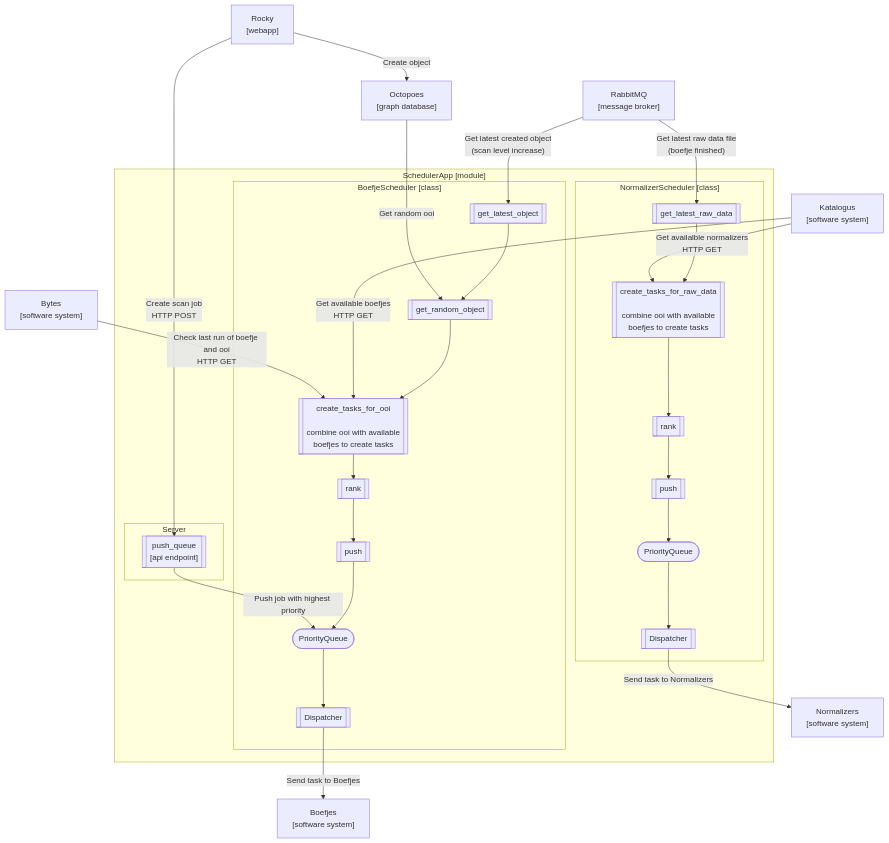
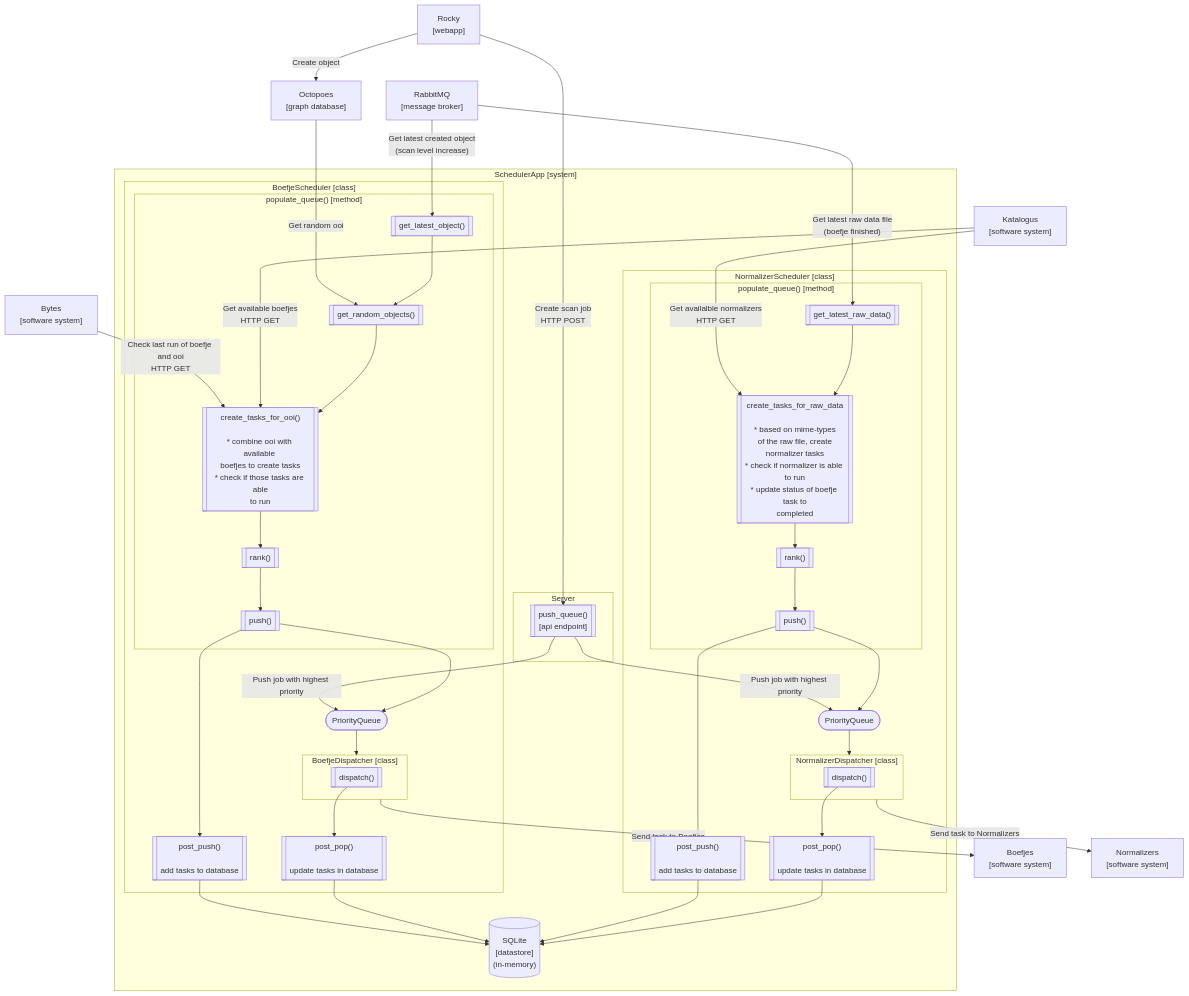
The second of 3 diagrams in docs/design.md (minvws/nl-kat-coordination), drawn with Mermaid before and after one commit. The commit also changed other lines of this file and 48 other files, not shown here.

````diff
--- a/docs/design.md
+++ b/docs/design.md
@@ -70,6 +88,7 @@
 ```mermaid
 flowchart TB
     
+    %% External services
     Rocky["Rocky<br/>[webapp]"]
     Octopoes["Octopoes<br/>[graph database]"]
     Katalogus["Katalogus<br/>[software system]"]
@@ -78,51 +97,89 @@
     Bytes["Bytes<br/>[software system]"]
     RabbitMQ["RabbitMQ<br/>[message broker]"]
 
-
+    %% Rocky flow
     Rocky--"Create object"-->Octopoes
     Rocky--"Create scan job<br/>HTTP POST"--->push_queue
+    push_queue--"Push job with highest priority"-->BoefjePriorityQueue
+    push_queue--"Push job with highest priority"-->NormalizerPriorityQueue
     
+    %% External services flow
     Bytes--"Check last run of boefje and ooi<br/>HTTP GET"-->create_tasks_for_ooi
     Katalogus--"Get available boefjes<br/>HTTP GET"--->create_tasks_for_ooi
     Katalogus--"Get availalble normalizers<br/>HTTP GET"-->create_tasks_for_raw_data
-    Octopoes--"Get random ooi"--->get_random_object
+    Octopoes--"Get random ooi"--->get_random_objects
     RabbitMQ--"Get latest created object<br/>(scan level increase)"-->get_latest_object
     RabbitMQ--"Get latest raw data file<br/>(boefje finished)"-->get_latest_raw_data
 
-    push_queue--"Push job with highest priority"-->BoefjePriorityQueue
-
-    BoefjeDispatcher--"Send task to Boefjes"-->Boefjes
+    %% Boefje flow
+    get_latest_object-->get_random_objects-->create_tasks_for_ooi-->rank_boefje-->push_boefje
+    push_boefje-->post_push_boefje
+    push_boefje--> BoefjePriorityQueue
+    post_push_boefje-->Datastore
+    post_pop_boefje-->Datastore
+    BoefjeDispatcher--"Send task to Boefjes"-->Boefjes    
+    
+    %% Normalizer flow
+    get_latest_raw_data-->create_tasks_for_raw_data-->rank_normalizer-->push_normalizer
+    push_normalizer-->post_push_normalizer
+    push_normalizer-->NormalizerPriorityQueue
+    post_push_normalizer-->Datastore
+    post_pop_normalizer-->Datastore
     NormalizerDispatcher--"Send task to Normalizers"-->Normalizers
 
-    get_latest_object-->get_random_object-->create_tasks_for_ooi-->rank_boefje-->push_boefje-->BoefjePriorityQueue-->BoefjeDispatcher
-
-    get_latest_raw_data-->create_tasks_for_raw_data-->rank_normalizer-->push_normalizer-->NormalizerPriorityQueue-->NormalizerDispatcher
-
-    subgraph Scheduler["SchedulerApp [module]"]
+    subgraph Scheduler["SchedulerApp [system]"]
 
         subgraph BoefjeScheduler["BoefjeScheduler [class]"]
-            get_latest_object[["get_latest_object"]]
-            get_random_object[["get_random_object"]]
-            create_tasks_for_ooi[["create_tasks_for_ooi<br/><br/>combine ooi with available <br/>boefjes to create tasks"]]
-            rank_boefje[["rank"]]
-            push_boefje[["push"]]
+            subgraph BoefjePopulateQueue["populate_queue() [method]"]
+                get_latest_object[["get_latest_object()"]]
+                get_random_objects[["get_random_objects()"]]
+                create_tasks_for_ooi[["create_tasks_for_ooi()<br/><br/>* combine ooi with available <br/>boefjes to create tasks<br/>* check if those tasks are able<br/>to run"]]
+                rank_boefje[["rank()"]]
+                push_boefje[["push()"]]
+            end
+
+            post_push_boefje[["post_push()<br/><br/>add tasks to database"]]
+            post_pop_boefje[["post_pop()<br/><br/>update tasks in database"]]
+
             BoefjePriorityQueue(["PriorityQueue"])
+            BoefjePriorityQueue-->BoefjeDispatcher
+            
             BoefjeDispatcher[["Dispatcher"]]
         end
 
+        subgraph BoefjeDispatcher["BoefjeDispatcher [class]"]
+            boefje_dispatch[["dispatch()"]]
+        end
+        boefje_dispatch-->post_pop_boefje
+
+
         subgraph NormalizerScheduler["NormalizerScheduler [class]"]
-            get_latest_raw_data[["get_latest_raw_data"]]
-            create_tasks_for_raw_data[["create_tasks_for_raw_data<br/><br/>combine ooi with available <br/>boefjes to create tasks"]]
-            rank_normalizer[["rank"]]
-            push_normalizer[["push"]]
+            subgraph NormalizerPopulateQueue["populate_queue() [method]"]
+                get_latest_raw_data[["get_latest_raw_data()"]]
+                create_tasks_for_raw_data[["create_tasks_for_raw_data<br/><br/>* based on mime-types<br/>of the raw file, create<br/>normalizer tasks<br/>* check if normalizer is able to run<br/>* update status of boefje task to<br/>completed"]]
+                rank_normalizer[["rank()"]]
+                push_normalizer[["push()"]]
+            end
+
+            post_push_normalizer[["post_push()<br/><br/>add tasks to database"]]
+            post_pop_normalizer[["post_pop()<br/><br/>update tasks in database"]]
+            
             NormalizerPriorityQueue(["PriorityQueue"])
-            NormalizerDispatcher[["Dispatcher"]]
+            NormalizerPriorityQueue-->NormalizerDispatcher
+
+            NormalizerDispatcher[["NormalizerDispatcher"]]
         end
 
+        subgraph NormalizerDispatcher["NormalizerDispatcher [class]"]
+            normalizer_dispatch[["dispatch()"]]
+        end
+        normalizer_dispatch-->post_pop_normalizer
+
         subgraph Server
-            push_queue[["push_queue<br/>[api endpoint]"]]
+            push_queue[["push_queue()<br/>[api endpoint]"]]
         end
 
+        Datastore[("SQLite<br/>[datastore]<br/>(in-memory)")]
+
     end
-
 ```
````
